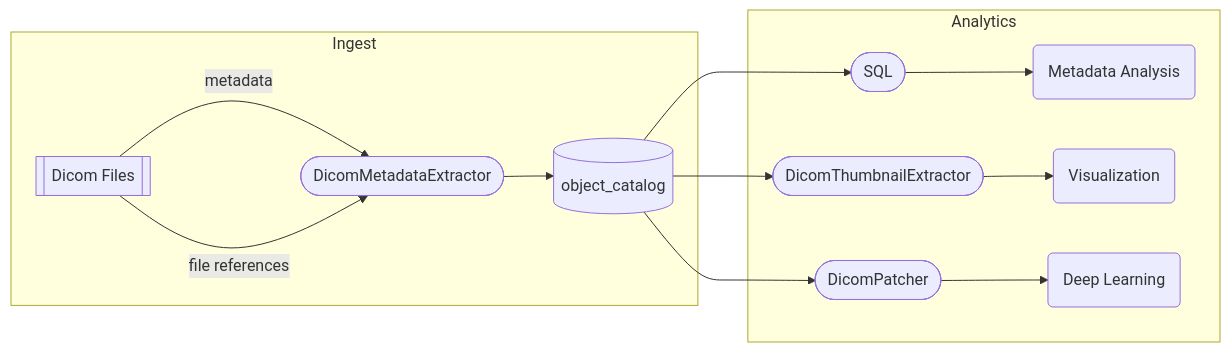
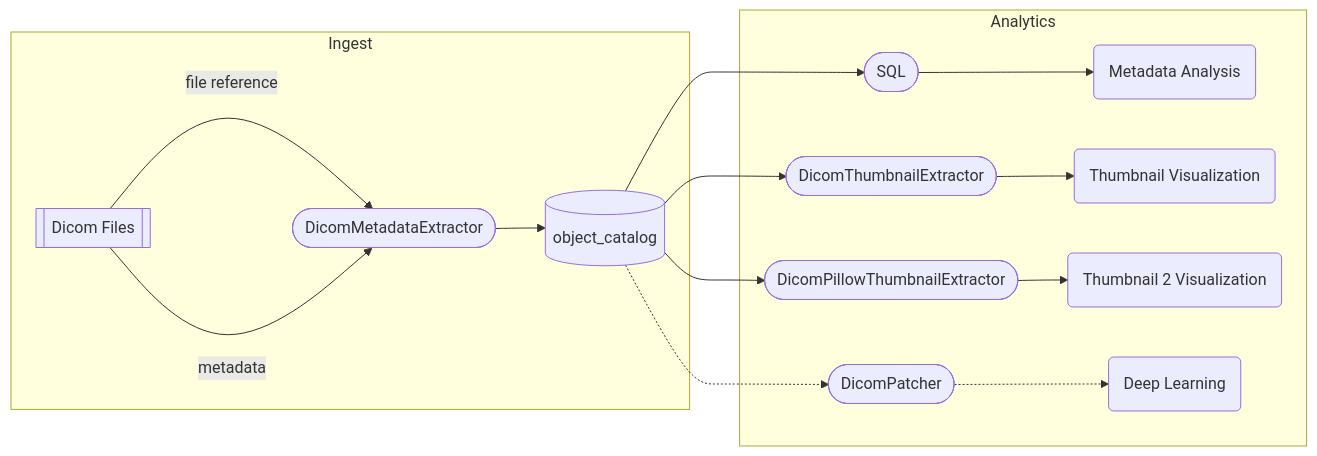
One commit to databricks-industry-solutions/pixels changed the first of 2 diagrams in README.md. Above: the diagram before and after it, drawn with Mermaid.

````diff
--- a/README.md
+++ b/README.md
@@ -43,15 +43,16 @@
 ```mermaid
 flowchart LR
 
 subgraph Ingest
-  A[[Dicom Files]] -->|metadata| B([DicomMetadataExtractor])
+  A[[Dicom Files]] -->|file reference|B([DicomMetadataExtractor])
+  A -->|metadata|B
   B --> C[(object_catalog)]
-  A -->|file references|B
 end
 subgraph Analytics
   C --> D1([SQL]) --> D(Metadata Analysis)
-  C --> E([DicomPatcher])
-  C --> G1([DicomThumbnailExtractor]) --> G(Visualization)
-  E --> F(Deep Learning)
+  C --> G1([DicomThumbnailExtractor]) --> G(Thumbnail Visualization)
+  C --> G2([DicomPillowThumbnailExtractor]) --> G3(Thumbnail 2 Visualization)
+  C -.-> E([DicomPatcher])
+  E -.-> F(Deep Learning)
 end
 ```
````
